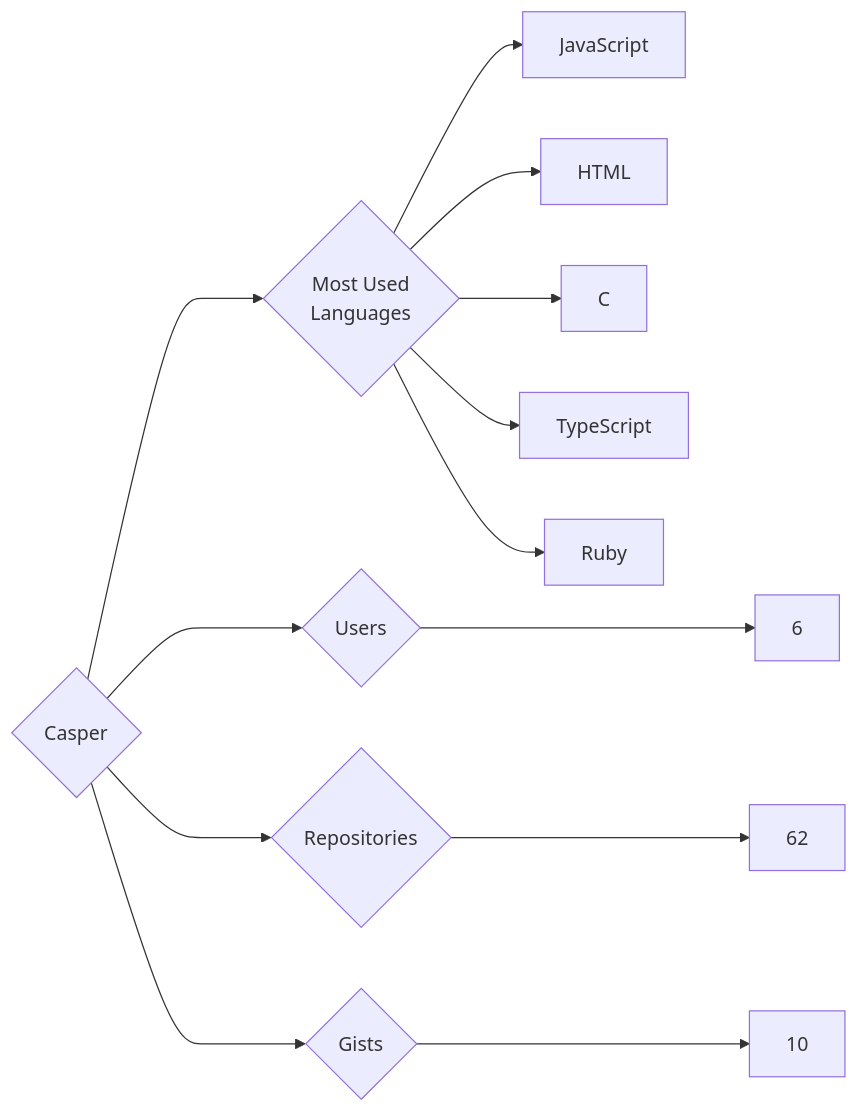
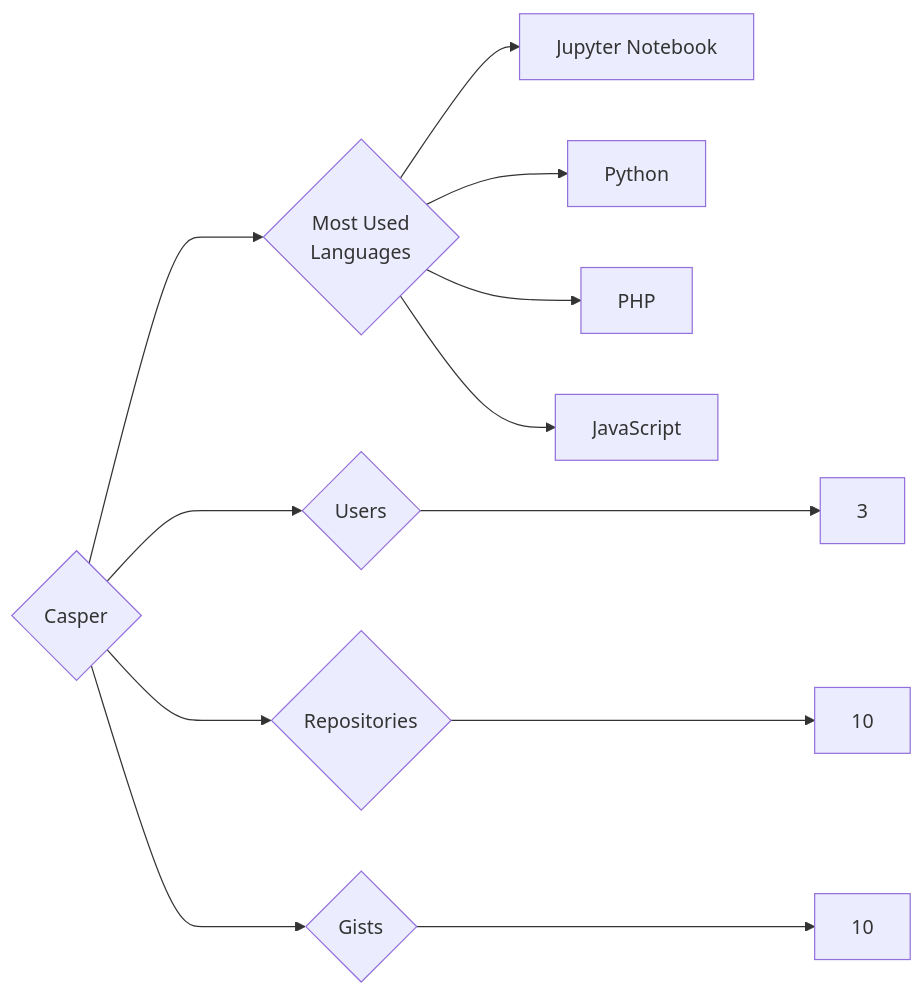
Before and after one commit to trickest/insiders: the diagram in targets/Casper/README.md, drawn with Mermaid. The commit also changed 1314 other files, not shown here.

````diff
--- a/targets/Casper/README.md
+++ b/targets/Casper/README.md
@@ -3,13 +3,12 @@
 ```mermaid
 graph LR
 COMPANY_NAME{Casper}
-COMPANY_NAME ---> U{Users} ---> UN[6]
-COMPANY_NAME ---> R{Repositories} ---> RN[62]
+COMPANY_NAME ---> U{Users} ---> UN[3]
+COMPANY_NAME ---> R{Repositories} ---> RN[10]
 COMPANY_NAME ---> G{Gists} ---> GN[10]
 COMPANY_NAME ---> ML{Most Used<br>Languages}
+ML --> Jupyter_Notebook[Jupyter Notebook]
+ML --> Python[Python]
+ML --> PHP[PHP]
 ML --> JavaScript[JavaScript]
-ML --> HTML[HTML]
-ML --> C[C]
-ML --> TypeScript[TypeScript]
-ML --> Ruby[Ruby]
 ```
````
